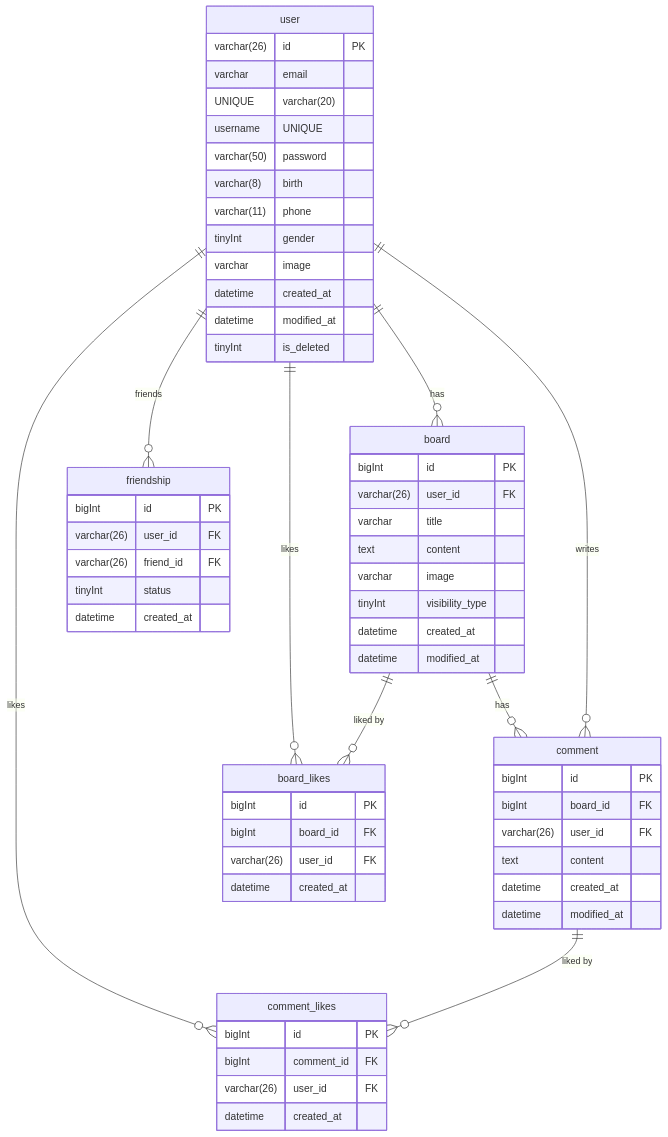
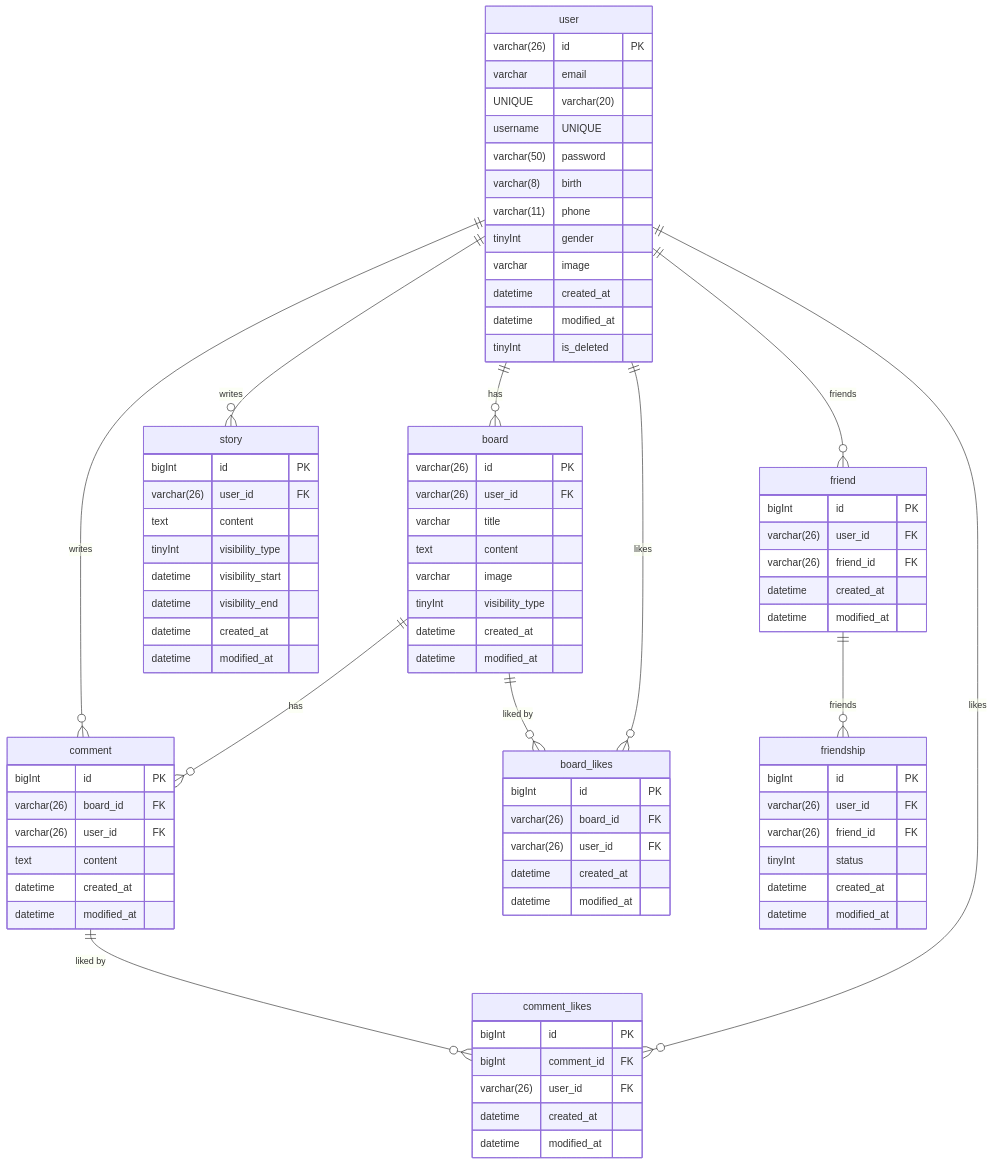
Before and after one commit to H5-dev-project/newsfeed: the diagram in README.md, drawn with Mermaid. The commit also changed other lines of this file and 1 other file, not shown here.

````diff
--- a/README.md
+++ b/README.md
@@ -91,9 +149,11 @@
   user ||--o{ board : "has"
   board ||--o{ comment : "has"
   user ||--o{ comment : "writes"
+  user ||--o{ story : "writes"
   user ||--o{ board_likes : "likes"
   user ||--o{ comment_likes : "likes"
-  user ||--o{ friendship : "friends"
+  user ||--o{ friend : "friends"
+  friend ||--o{ friendship : "friends"
   board ||--o{ board_likes : "liked by"
   comment ||--o{ comment_likes : "liked by"
 
@@ -112,7 +172,7 @@
   }
 
   board {
-    bigInt id PK
+    varchar(26) id PK
     varchar(26) user_id FK
     varchar title
     text content
@@ -124,7 +184,7 @@
 
   comment {
     bigInt id PK
-    bigInt board_id FK
+    varchar(26) board_id FK
     varchar(26) user_id FK
     text content
     datetime created_at
@@ -133,9 +193,10 @@
 
   board_likes {
     bigInt id PK
-    bigInt board_id FK
+    varchar(26) board_id FK
     varchar(26) user_id FK
-    datetime created_at 
+    datetime created_at
+    datetime modified_at
   }
 
   comment_likes {
@@ -143,6 +204,15 @@
     bigInt comment_id FK
     varchar(26) user_id FK
     datetime created_at
+    datetime modified_at
+  }
+
+  friend {
+  bigInt id PK
+  varchar(26) user_id FK
+  varchar(26) friend_id FK
+  datetime created_at
+  datetime modified_at
   }
 
 friendship {
@@ -151,6 +221,18 @@
     varchar(26) friend_id FK
     tinyInt status
     datetime created_at
+    datetime modified_at
+  }
+
+  story {
+    bigInt id PK
+    varchar(26) user_id FK
+    text content
+    tinyInt visibility_type
+    datetime visibility_start
+    datetime visibility_end
+    datetime created_at
+    datetime modified_at
   }
 
 ```
````
